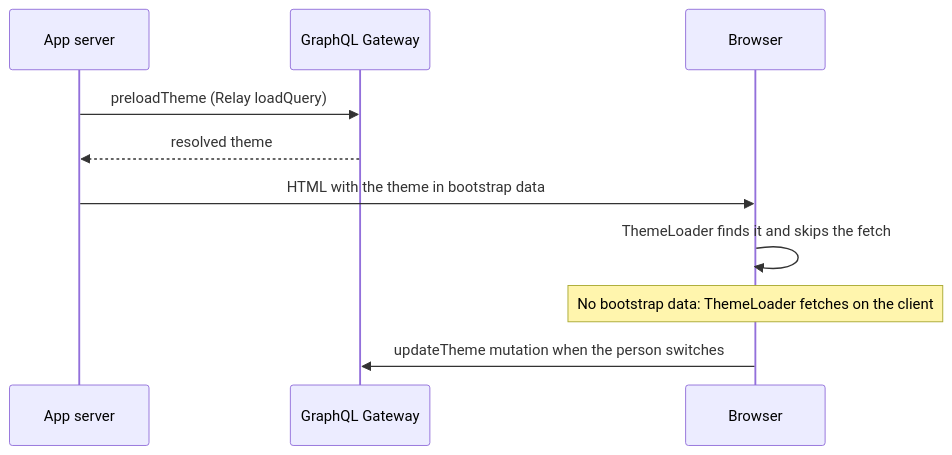
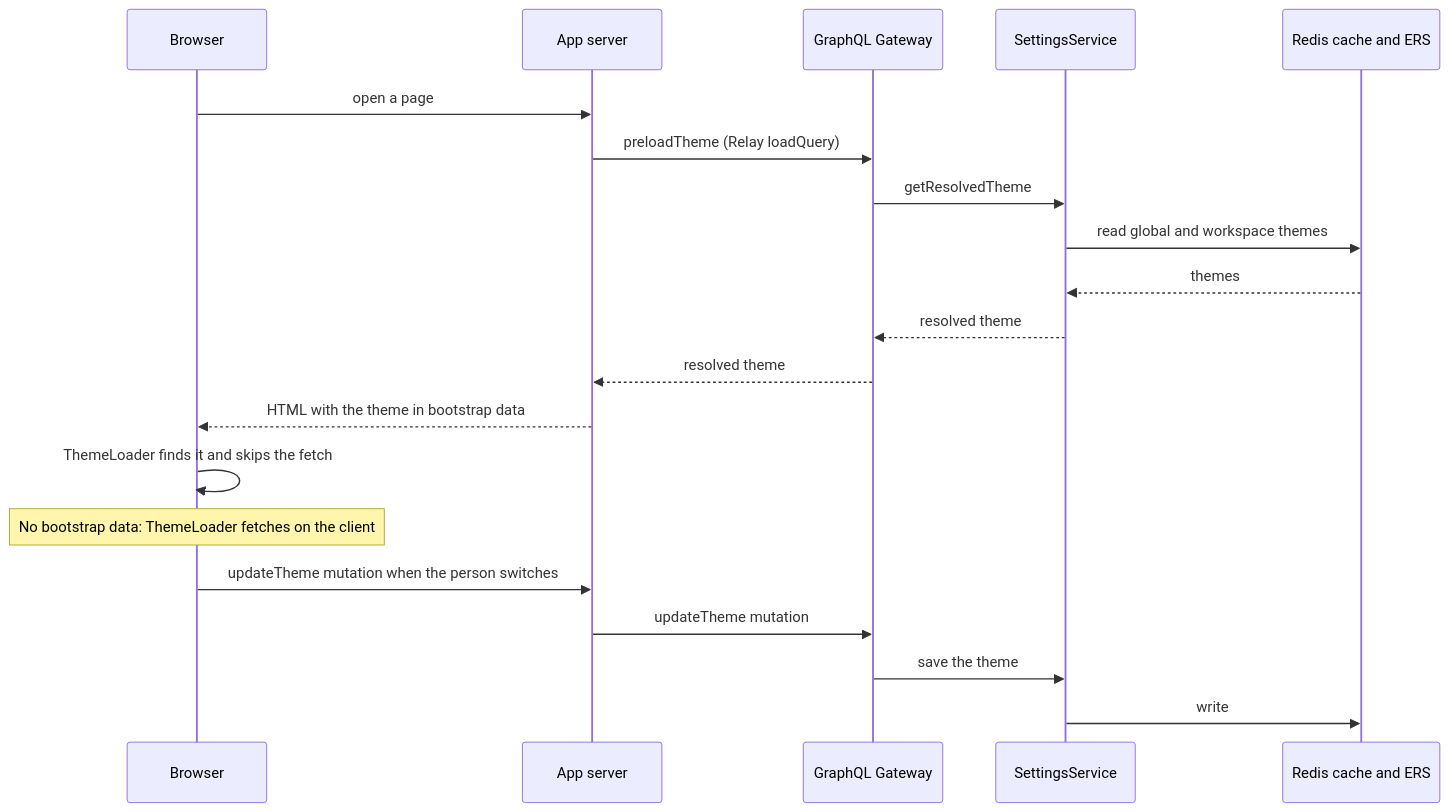
The third of 3 diagrams in ui-settings-platform/README.md (oleg-chibikov/project-architecture), drawn with Mermaid before and after one commit.

Commit message:
Fix the UI settings theme sequence diagram

````diff
--- a/ui-settings-platform/README.md
+++ b/ui-settings-platform/README.md
@@ -99,12 +99,22 @@
 ```mermaid
 sequenceDiagram
+  participant Browser
   participant Server as App server
   participant GQL as GraphQL Gateway
-  participant Browser
+  participant Settings as SettingsService
+  participant DB as Redis cache and ERS
+  Browser->>Server: open a page
   Server->>GQL: preloadTheme (Relay loadQuery)
+  GQL->>Settings: getResolvedTheme
+  Settings->>DB: read global and workspace themes
+  DB-->>Settings: themes
+  Settings-->>GQL: resolved theme
   GQL-->>Server: resolved theme
-  Server->>Browser: HTML with the theme in bootstrap data
+  Server-->>Browser: HTML with the theme in bootstrap data
   Browser->>Browser: ThemeLoader finds it and skips the fetch
   Note over Browser: No bootstrap data: ThemeLoader fetches on the client
-  Browser->>GQL: updateTheme mutation when the person switches
+  Browser->>Server: updateTheme mutation when the person switches
+  Server->>GQL: updateTheme mutation
+  GQL->>Settings: save the theme
+  Settings->>DB: write
 ```
````
